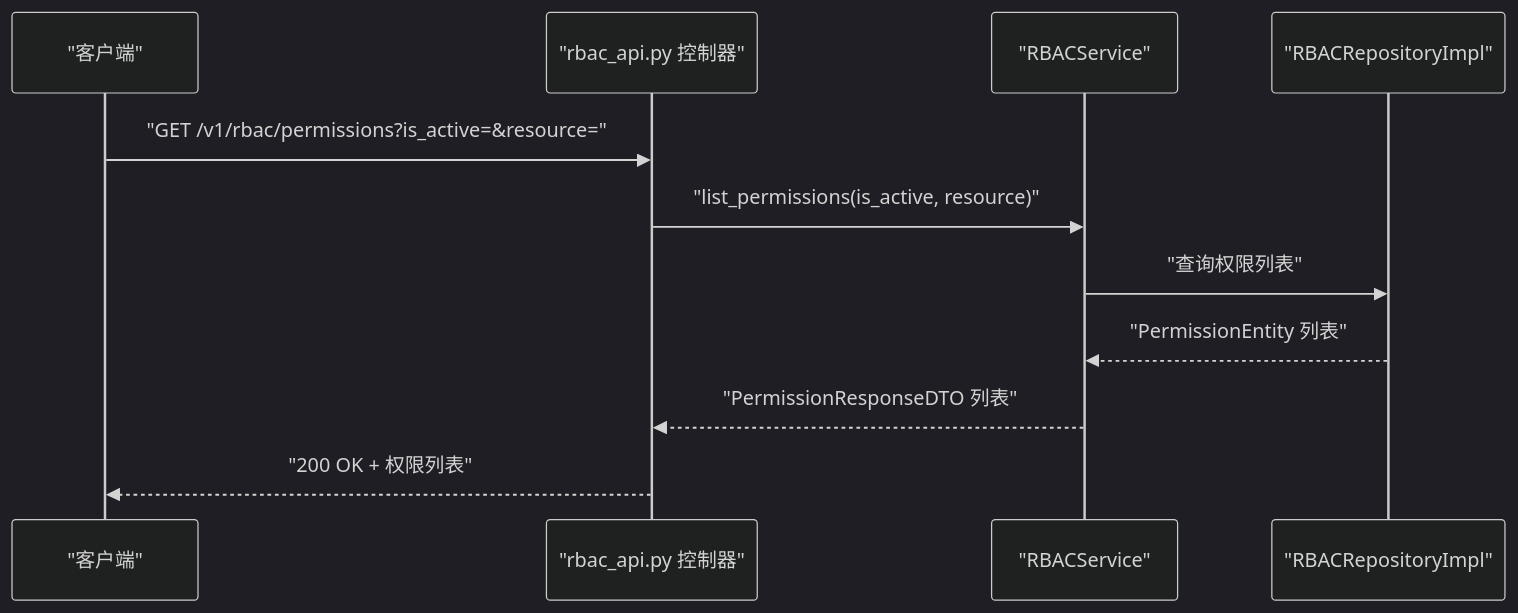
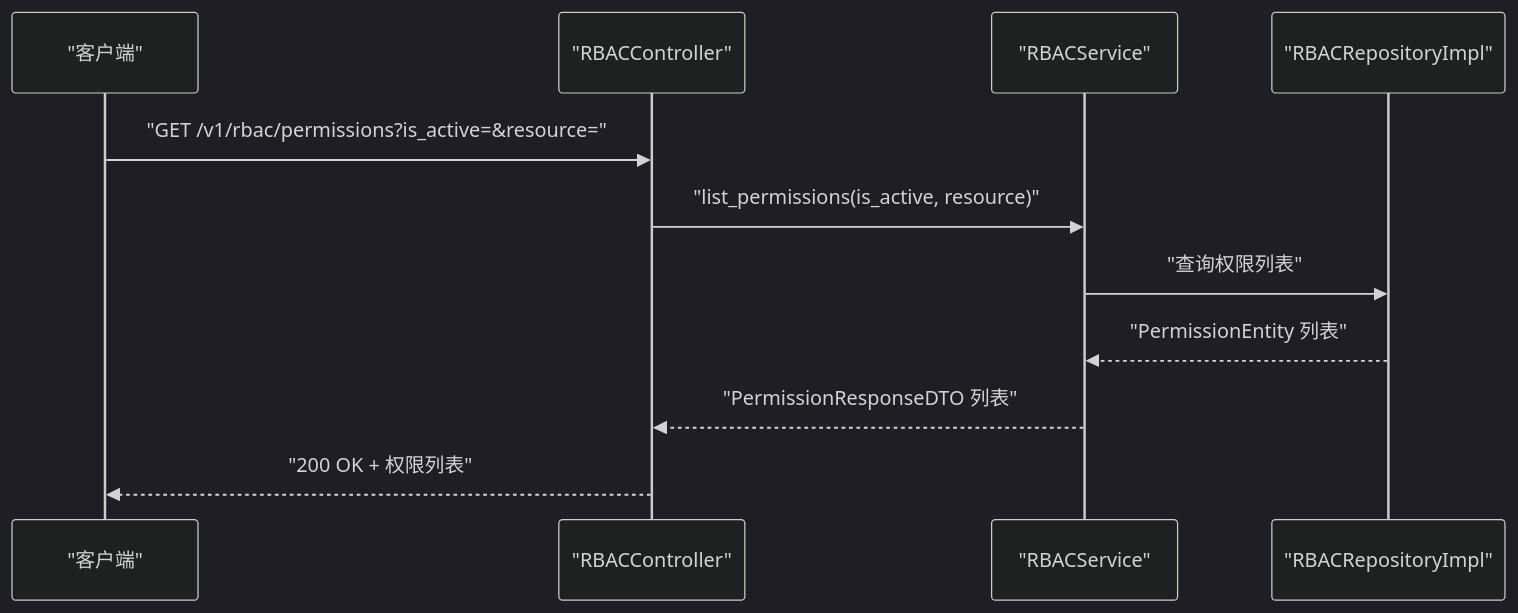
The fourth of 8 diagrams in .qoder/repowiki/zh/content/API 接口文档/权限管理接口.md (taoweidong/Hello-Django-Ninja-Api), drawn with Mermaid (dark theme) before and after one commit. The commit also changed other lines of this file and 7 other files, not shown here.

````diff
--- a/.qoder/repowiki/zh/content/API 接口文档/权限管理接口.md
+++ b/.qoder/repowiki/zh/content/API 接口文档/权限管理接口.md
@@ -202,13 +212,13 @@
 ```mermaid
 sequenceDiagram
 participant Client as "客户端"
-participant API as "rbac_api.py 控制器"
+participant Controller as "RBACController"
 participant Service as "RBACService"
 participant Repo as "RBACRepositoryImpl"
-Client->>API : "GET /v1/rbac/permissions?is_active=&resource="
-API->>Service : "list_permissions(is_active, resource)"
+Client->>Controller : "GET /v1/rbac/permissions?is_active=&resource="
+Controller->>Service : "list_permissions(is_active, resource)"
 Service->>Repo : "查询权限列表"
 Repo-->>Service : "PermissionEntity 列表"
-Service-->>API : "PermissionResponseDTO 列表"
-API-->>Client : "200 OK + 权限列表"
+Service-->>Controller : "PermissionResponseDTO 列表"
+Controller-->>Client : "200 OK + 权限列表"
 ```
````
